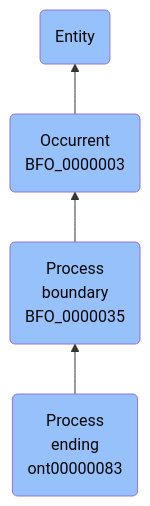
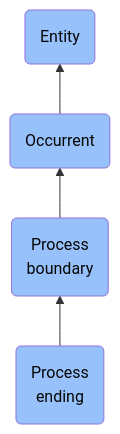
Before and after one commit to jupyter-naas/abi: the diagram in docs/ontology/reference/model/Entity/Occurrent/Process boundary/Process ending/Process ending.md, drawn with Mermaid. The commit also changed other lines of this file and 1430 other files, not shown here.

````diff
--- a/docs/ontology/reference/model/Entity/Occurrent/Process boundary/Process ending/Process ending.md
+++ b/docs/ontology/reference/model/Entity/Occurrent/Process boundary/Process ending/Process ending.md
@@ -24,11 +24,11 @@
 ```mermaid
 graph BT
-    ont00000083(Process<br>ending<br>ont00000083):::BFO-->BFO_0000035
-    BFO_0000035(Process<br>boundary<br>BFO_0000035):::BFO-->BFO_0000003
-    BFO_0000003(Occurrent<br>BFO_0000003):::BFO-->BFO_0000001
+    ont00000083(Process<br>ending):::BFO-->BFO_0000035
+    BFO_0000035(Process<br>boundary):::BFO-->BFO_0000003
+    BFO_0000003(Occurrent):::BFO-->BFO_0000001
     BFO_0000001(Entity):::BFO
     
     classDef BFO fill:#97c1fb,color:#060606
     classDef CCO fill:#e4c51e,color:#060606
     classDef ABI fill:#48DD82,color:#060606
 ```
````
